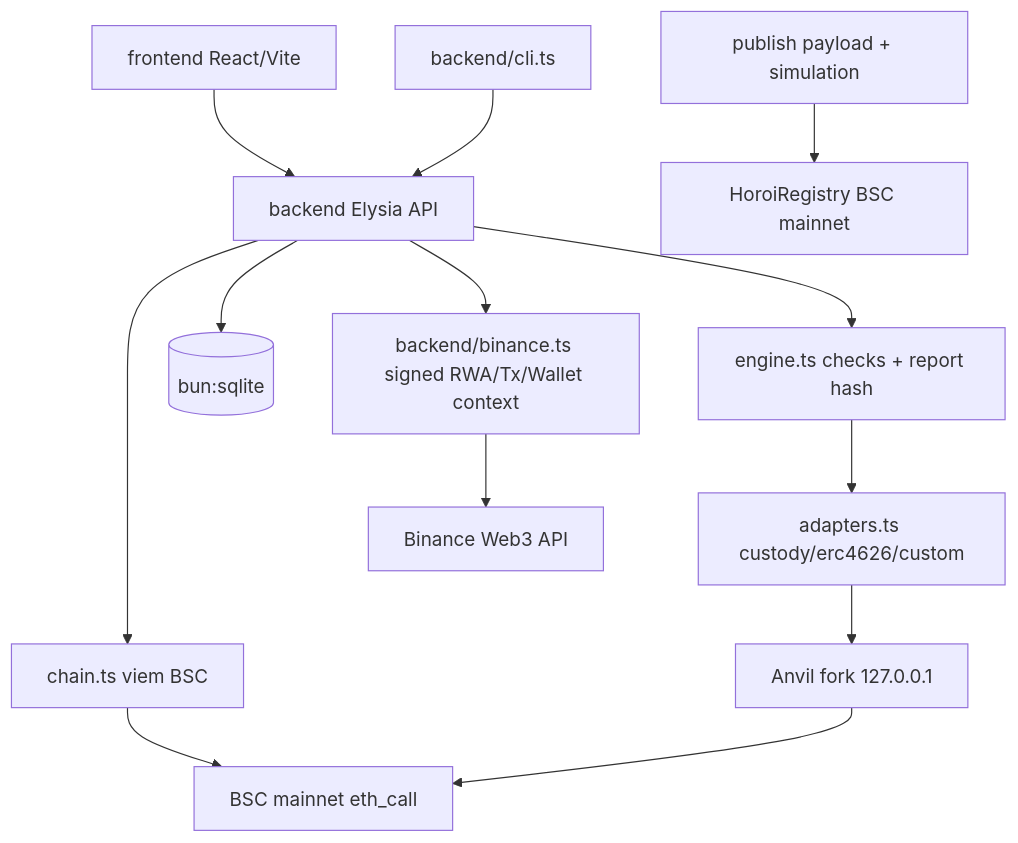
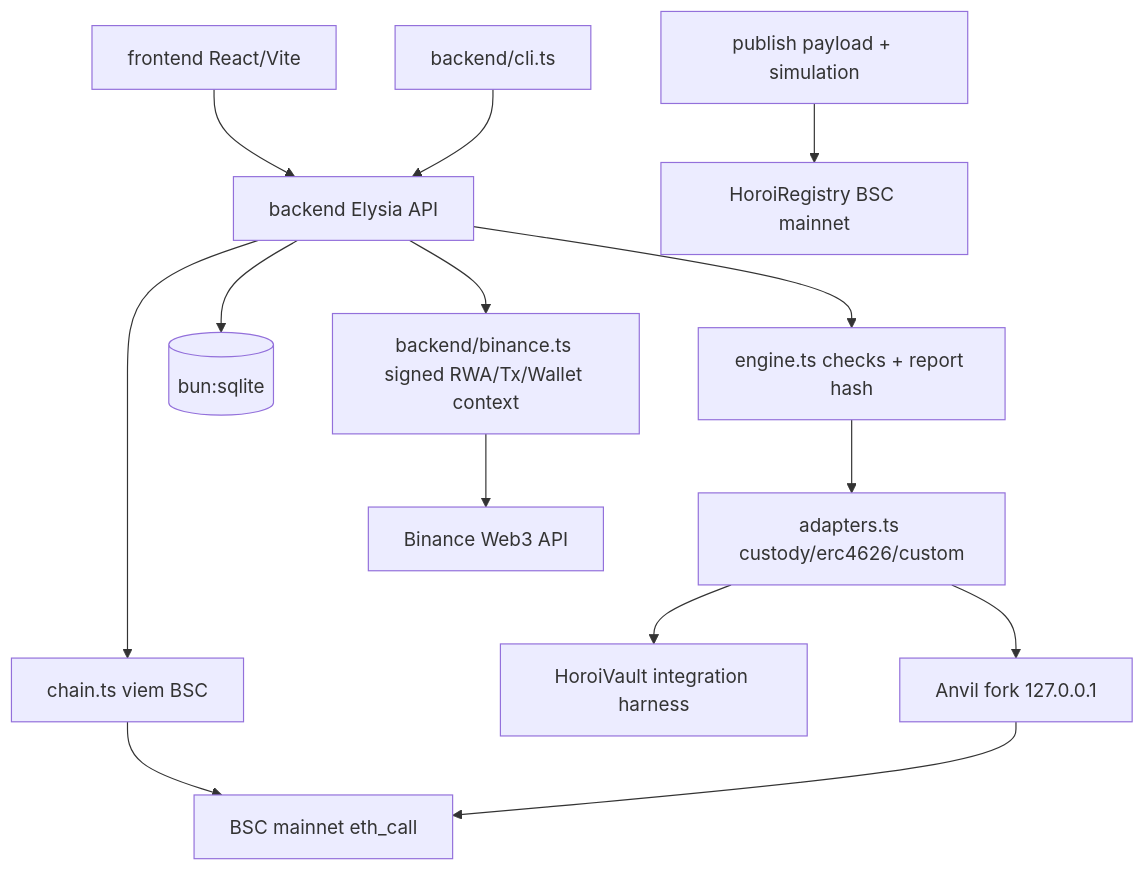
The diagram in docs/ARCHITECTURE.md (riyannode/horoi), drawn with Mermaid before and after one commit. The commit also changed other lines of this file and 27 other files, not shown here.

First line of the commit message:
feat: complete Horoi integration conformance pipeline

````diff
--- a/docs/ARCHITECTURE.md
+++ b/docs/ARCHITECTURE.md
@@ -5,15 +5,16 @@
 ```mermaid
 flowchart TD
   UI[frontend React/Vite] --> API[backend Elysia API]
   CLI[backend/cli.ts] --> API
   API --> ENG[engine.ts checks + report hash]
   API --> DB[(bun:sqlite)]
   API --> CHAIN[chain.ts viem BSC]
   ENG --> AD[adapters.ts custody/erc4626/custom]
+  AD --> HV[HoroiVault integration harness]
   AD --> ANVIL[Anvil fork 127.0.0.1]
   CHAIN --> BSC[BSC mainnet eth_call]
   ANVIL --> BSC
   API --> BINANCE[backend/binance.ts signed RWA/Tx/Wallet context]
   BINANCE --> WEB3[Binance Web3 API]
   PUB[publish payload + simulation] --> REG[HoroiRegistry BSC mainnet]
 ```
````
